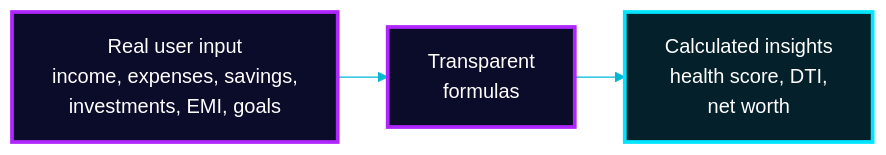
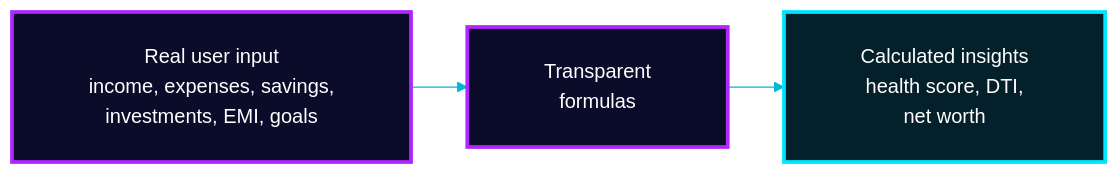
One commit to Mansi232323/MANSHORA changed the seventh of 17 diagrams in README.md. Above: the diagram before and after it, drawn with Mermaid. The commit also changed other lines of this file, not shown here.

````diff
--- a/README.md
+++ b/README.md
@@ -294,10 +293,10 @@
 ```mermaid
-%%{init: {'theme':'base','themeVariables':{'fontSize':'16px','fontFamily':'Arial, Helvetica, sans-serif','primaryColor':'#0b0b2a','primaryTextColor':'#ffffff','primaryBorderColor':'#b026ff','lineColor':'#00b8d4','textColor':'#ffffff','edgeLabelBackground':'#0b0b2a'},'flowchart':{'htmlLabels':true,'nodeSpacing':30,'rankSpacing':40,'padding':16,'curve':'basis','wrappingWidth':240,'useMaxWidth':true}}}%%
+%%{init: {'theme':'base','themeVariables':{'fontSize':'16px','primaryColor':'#0b0b2a','primaryTextColor':'#ffffff','primaryBorderColor':'#b026ff','lineColor':'#00b8d4','textColor':'#ffffff','edgeLabelBackground':'#0b0b2a'},'flowchart':{'htmlLabels':true,'nodeSpacing':40,'rankSpacing':45,'padding':24,'curve':'basis','wrappingWidth':400,'useMaxWidth':true}}}%%
 flowchart LR
-    I["Real user input<br/>income, expenses, savings,<br/>investments, EMI, goals"] --> K["Transparent<br/>formulas"]
-    K --> O["Calculated insights<br/>health score, DTI,<br/>net worth"]
+    I["&nbsp;&nbsp;&nbsp;Real user input&nbsp;&nbsp;&nbsp;<br/>&nbsp;&nbsp;&nbsp;income, expenses, savings,&nbsp;&nbsp;&nbsp;<br/>&nbsp;&nbsp;&nbsp;investments, EMI, goals&nbsp;&nbsp;&nbsp;"] --> K["&nbsp;&nbsp;&nbsp;Transparent&nbsp;&nbsp;&nbsp;<br/>&nbsp;&nbsp;&nbsp;formulas&nbsp;&nbsp;&nbsp;"]
+    K --> O["&nbsp;&nbsp;&nbsp;Calculated insights&nbsp;&nbsp;&nbsp;<br/>&nbsp;&nbsp;&nbsp;health score, DTI,&nbsp;&nbsp;&nbsp;<br/>&nbsp;&nbsp;&nbsp;net worth&nbsp;&nbsp;&nbsp;"]
     classDef flow fill:#0b0b2a,stroke:#b026ff,stroke-width:3px,color:#ffffff
     classDef out fill:#04202a,stroke:#00e5ff,stroke-width:3px,color:#ffffff
     class I,K flow
     class O out
 ```
````
